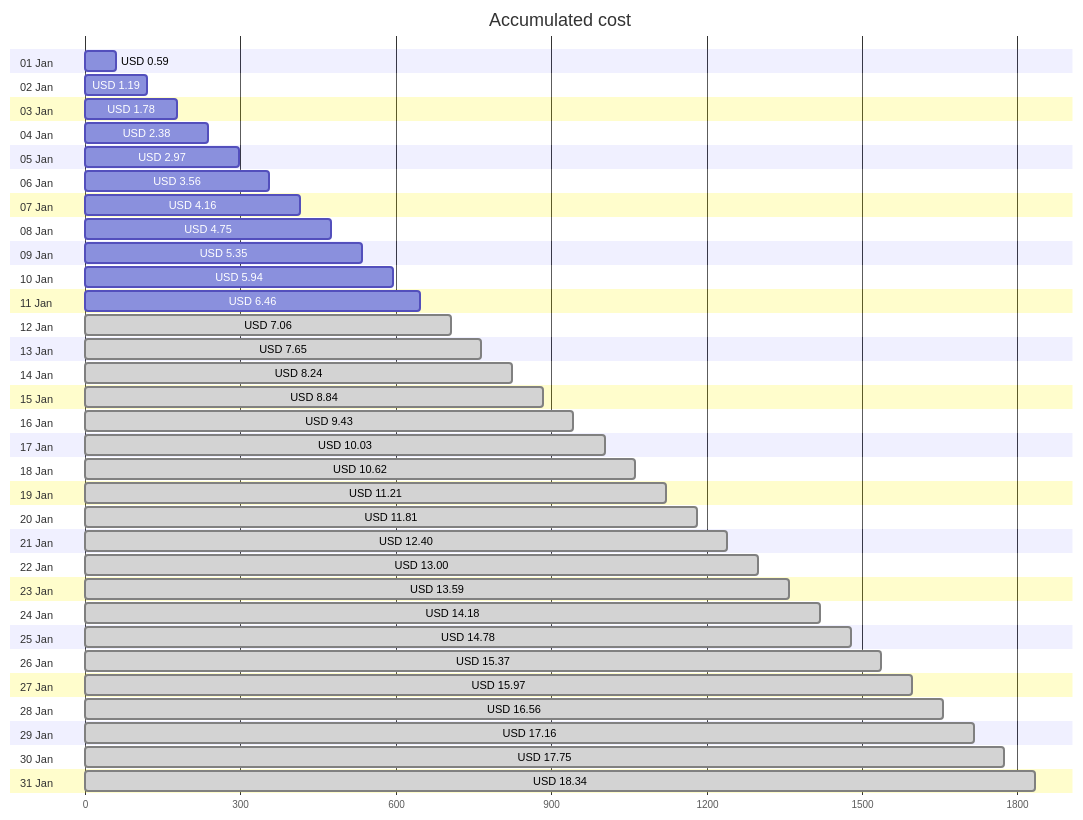
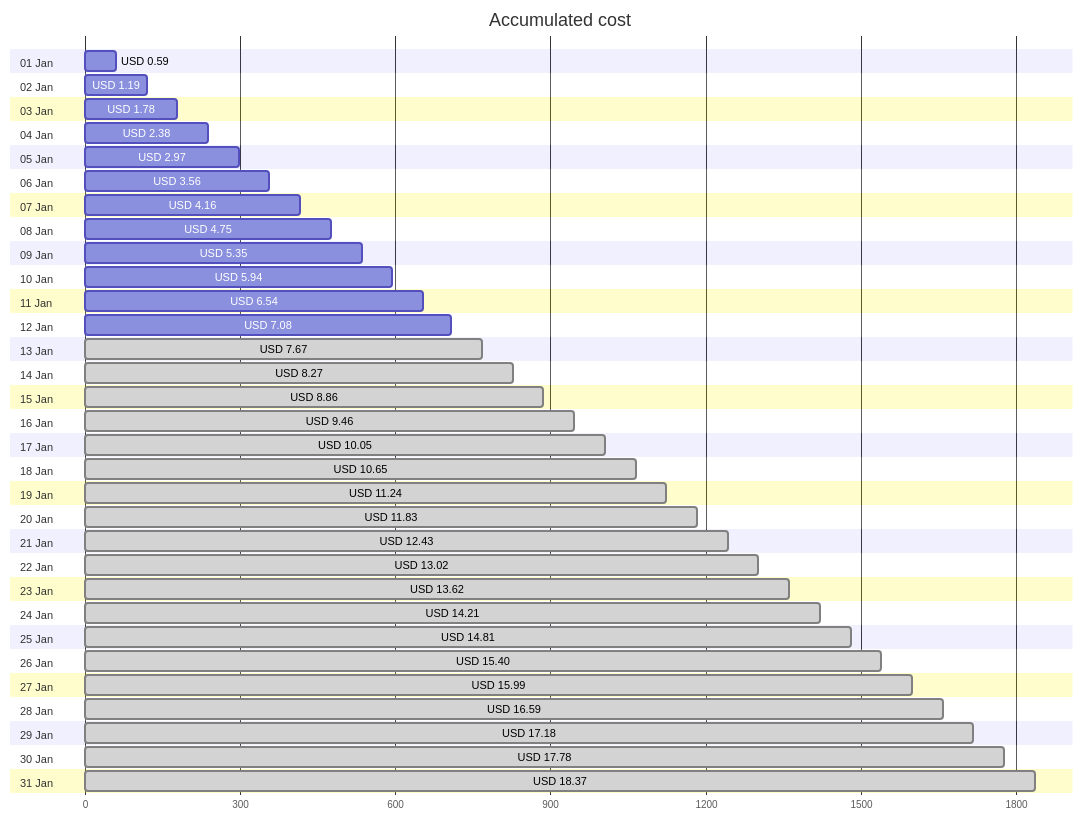
Before and after one commit to jpfulton/azure-personal-reports: the first of 4 diagrams in cost-reports/personal-site/README.md, drawn with Mermaid. The commit also changed other lines of this file and 6 other files, not shown here.

````diff
--- a/cost-reports/personal-site/README.md
+++ b/cost-reports/personal-site/README.md
@@ -20,68 +20,68 @@
 ```mermaid
 gantt
    title Accumulated cost
    dateFormat  X
    axisFormat %s
    section 01 Jan
    USD 0.59 :0, 59
    section 02 Jan
    USD 1.19 :0, 119
    section 03 Jan
    USD 1.78 :0, 178
    section 04 Jan
    USD 2.38 :0, 238
    section 05 Jan
    USD 2.97 :0, 297
    section 06 Jan
    USD 3.56 :0, 356
    section 07 Jan
    USD 4.16 :0, 416
    section 08 Jan
    USD 4.75 :0, 475
    section 09 Jan
    USD 5.35 :0, 535
    section 10 Jan
    USD 5.94 :0, 594
    section 11 Jan
-   USD 6.46 :0, 646
+   USD 6.54 :0, 654
    section 12 Jan
-   USD 7.06 : done, 0, 706
+   USD 7.08 :0, 708
    section 13 Jan
-   USD 7.65 : done, 0, 765
+   USD 7.67 : done, 0, 767
    section 14 Jan
-   USD 8.24 : done, 0, 824
+   USD 8.27 : done, 0, 827
    section 15 Jan
-   USD 8.84 : done, 0, 884
+   USD 8.86 : done, 0, 886
    section 16 Jan
-   USD 9.43 : done, 0, 943
+   USD 9.46 : done, 0, 946
    section 17 Jan
-   USD 10.03 : done, 0, 1003
+   USD 10.05 : done, 0, 1005
    section 18 Jan
-   USD 10.62 : done, 0, 1062
+   USD 10.65 : done, 0, 1065
    section 19 Jan
-   USD 11.21 : done, 0, 1121
+   USD 11.24 : done, 0, 1124
    section 20 Jan
-   USD 11.81 : done, 0, 1181
+   USD 11.83 : done, 0, 1183
    section 21 Jan
-   USD 12.40 : done, 0, 1240
+   USD 12.43 : done, 0, 1243
    section 22 Jan
-   USD 13.00 : done, 0, 1300
+   USD 13.02 : done, 0, 1302
    section 23 Jan
-   USD 13.59 : done, 0, 1359
+   USD 13.62 : done, 0, 1362
    section 24 Jan
-   USD 14.18 : done, 0, 1418
+   USD 14.21 : done, 0, 1421
    section 25 Jan
-   USD 14.78 : done, 0, 1478
+   USD 14.81 : done, 0, 1481
    section 26 Jan
-   USD 15.37 : done, 0, 1537
+   USD 15.40 : done, 0, 1540
    section 27 Jan
-   USD 15.97 : done, 0, 1597
+   USD 15.99 : done, 0, 1599
    section 28 Jan
-   USD 16.56 : done, 0, 1656
+   USD 16.59 : done, 0, 1659
    section 29 Jan
-   USD 17.16 : done, 0, 1716
+   USD 17.18 : done, 0, 1718
    section 30 Jan
-   USD 17.75 : done, 0, 1775
+   USD 17.78 : done, 0, 1778
    section 31 Jan
-   USD 18.34 : done, 0, 1834
+   USD 18.37 : done, 0, 1837
 ```
````
